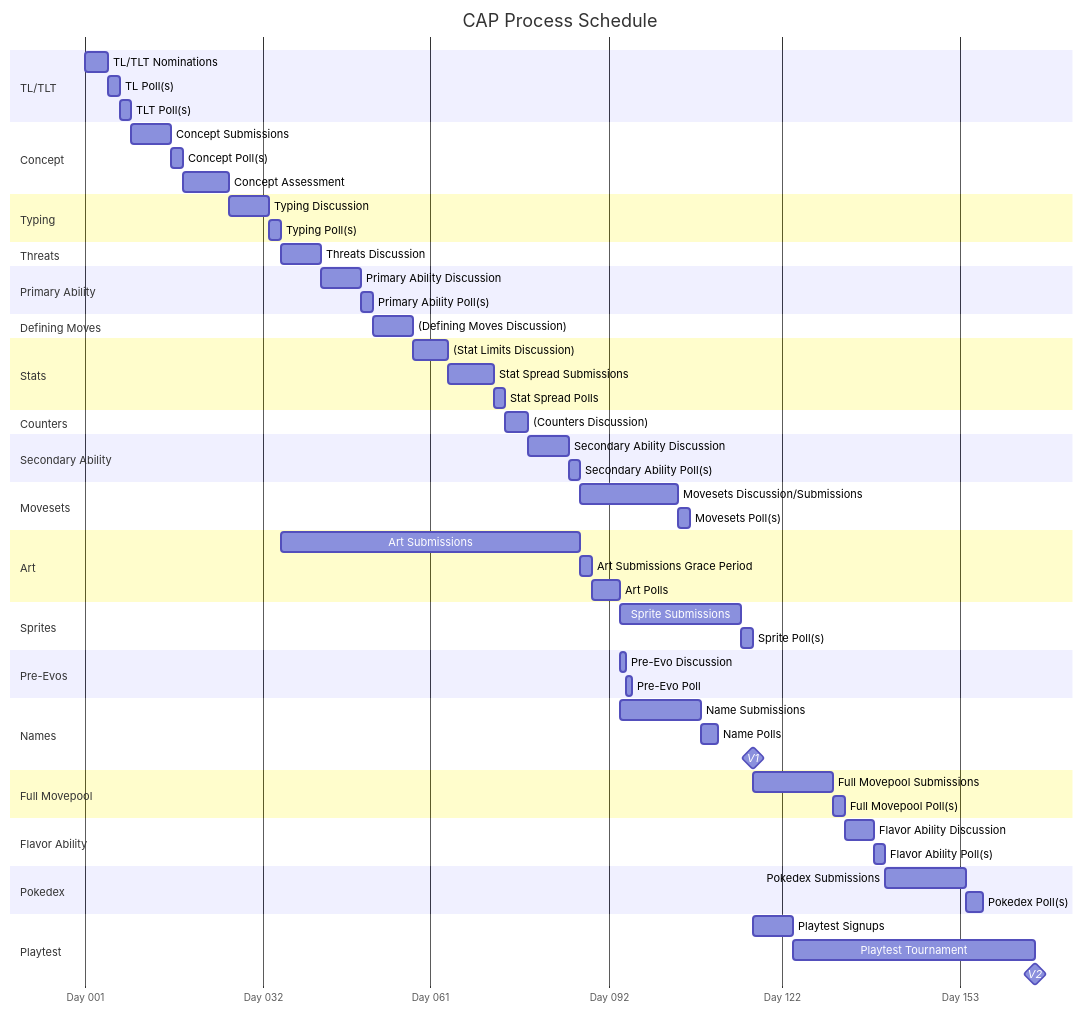
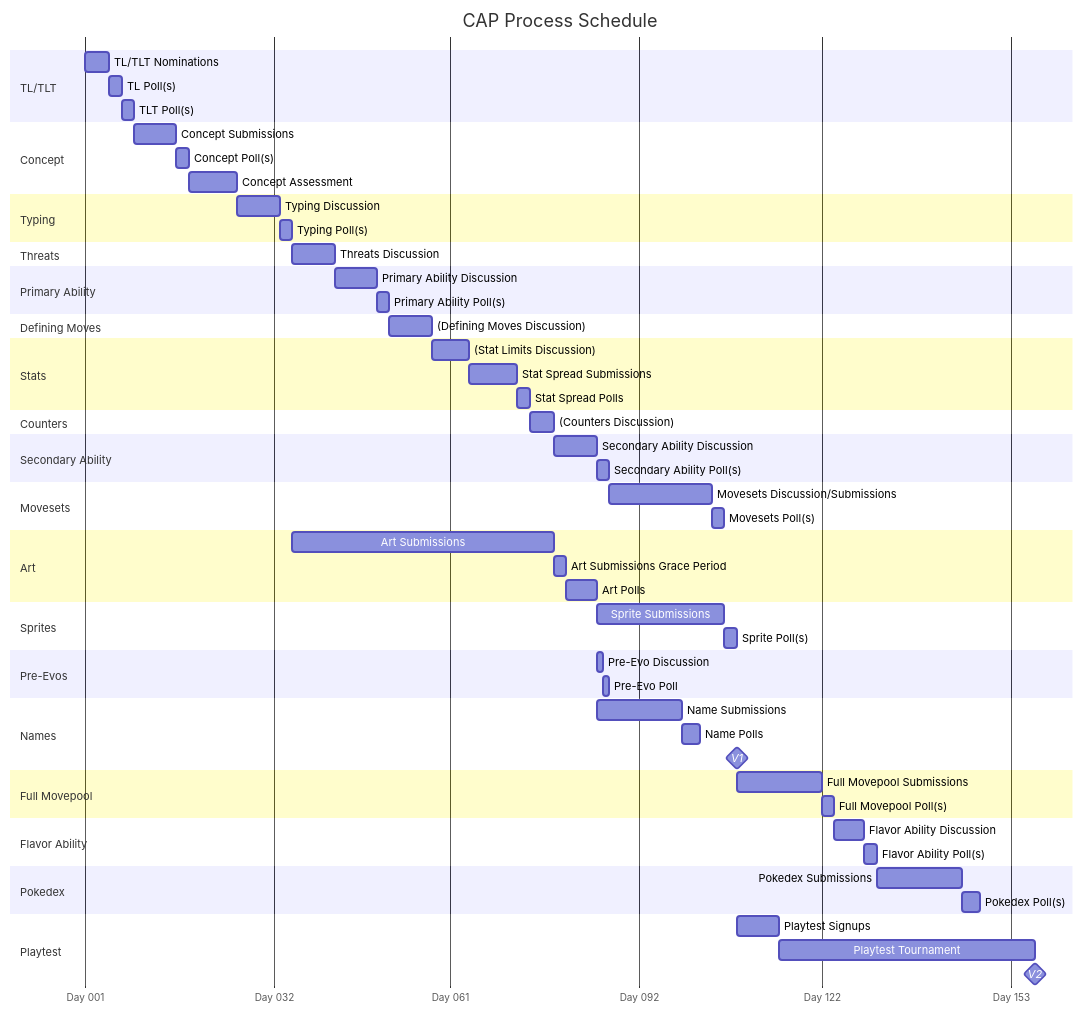
One commit to Quanyails/cap-scratchpad changed the diagram in schedule.md. Above: the diagram before and after it, drawn with Mermaid.

Commit message:
Update art poll deadline.

```diff
--- a/schedule.md
+++ b/schedule.md
@@ -50,8 +50,8 @@
 %% Flavor
 
 section Art
-Art Submissions: art_thread, after typing_poll, 52d
-Art Submissions Grace Period: art_gap, after ability2_poll, 2d
+Art Submissions: art_thread, after typing_poll, 43d
+Art Submissions Grace Period: art_gap, after art_thread counters_thread, 2d
 Art Polls: art_poll, after art_gap, 5d
 
 section Sprites
```
